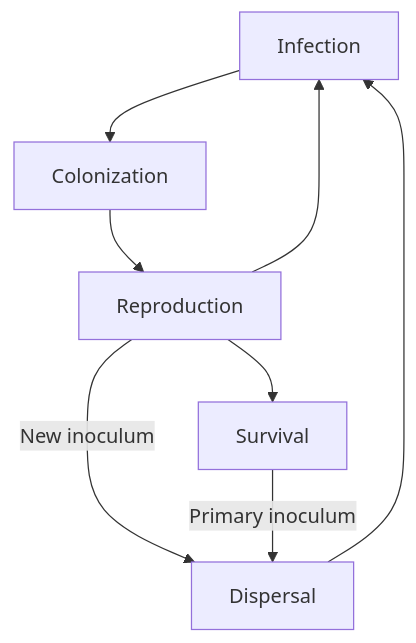
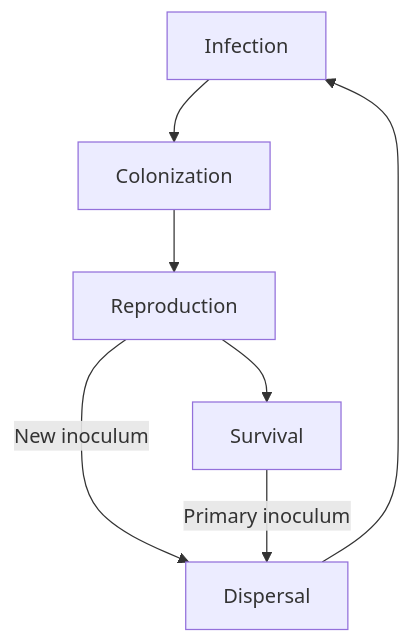
The diagram in intro.qmd (emdelponte/epidemiology-R), drawn with Mermaid before and after one commit. The commit also changed 2 other files, not shown here.

Commit message:
correct diagram

````diff
--- a/intro.qmd
+++ b/intro.qmd
@@ -25,16 +25,14 @@
 ```{mermaid}
 %%| label: fig-diagram
 %%| fig-cap: "Five main processes of the disease cycle"
 %%| fig-width: 6
 
 flowchart 
   A[Infection] --> B[Colonization]
   B --> C[Reproduction]
   C -- New inoculum --> D[Dispersal]
   E[Survival] -- Primary inoculum --> D
   D  --> A
   C --> E
-  C --> A
-  
-  
+
 ```
````
